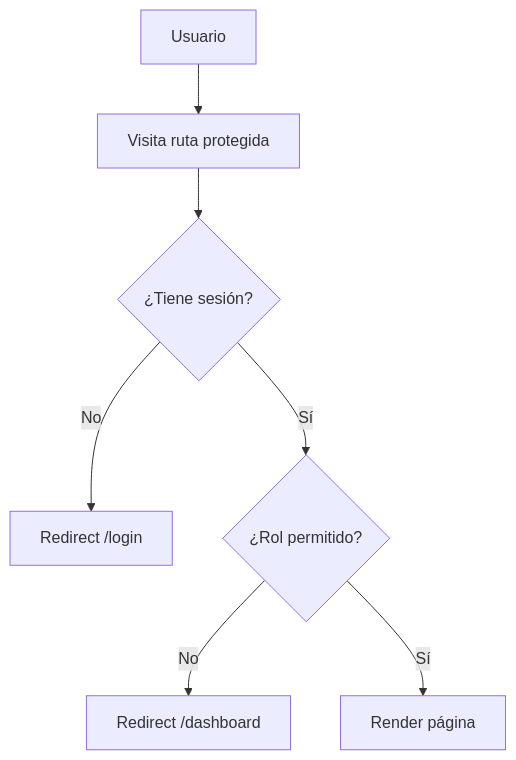
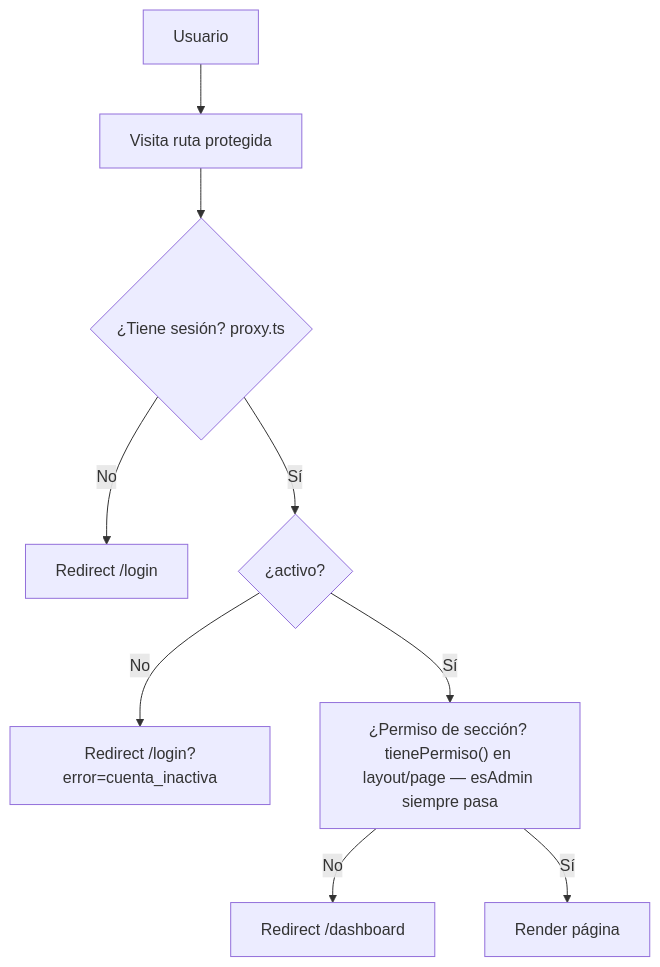
One commit to CESARBR2025/sentinel-qa changed the diagram in boveda/🏗 Arquitectura/Middleware y Auth.md. Above: the diagram before and after it, drawn with Mermaid. The commit also changed other lines of this file and 177 other files, not shown here.

````diff
--- a/boveda/🏗 Arquitectura/Middleware y Auth.md
+++ b/boveda/🏗 Arquitectura/Middleware y Auth.md
@@ -7,9 +9,11 @@
 ```mermaid
 flowchart TD
     A[Usuario] --> B[Visita ruta protegida]
-    B --> C{¿Tiene sesión?}
+    B --> C{¿Tiene sesión? proxy.ts}
     C -->|No| D[Redirect /login]
-    C -->|Sí| E{¿Rol permitido?}
-    E -->|No| F[Redirect /dashboard]
-    E -->|Sí| G[Render página]
+    C -->|Sí| E{¿activo?}
+    E -->|No| D2[Redirect /login?error=cuenta_inactiva]
+    E -->|Sí| F["¿Permiso de sección? tienePermiso() en layout/page — esAdmin siempre pasa"]
+    F -->|No| G[Redirect /dashboard]
+    F -->|Sí| H[Render página]
 ```
````
